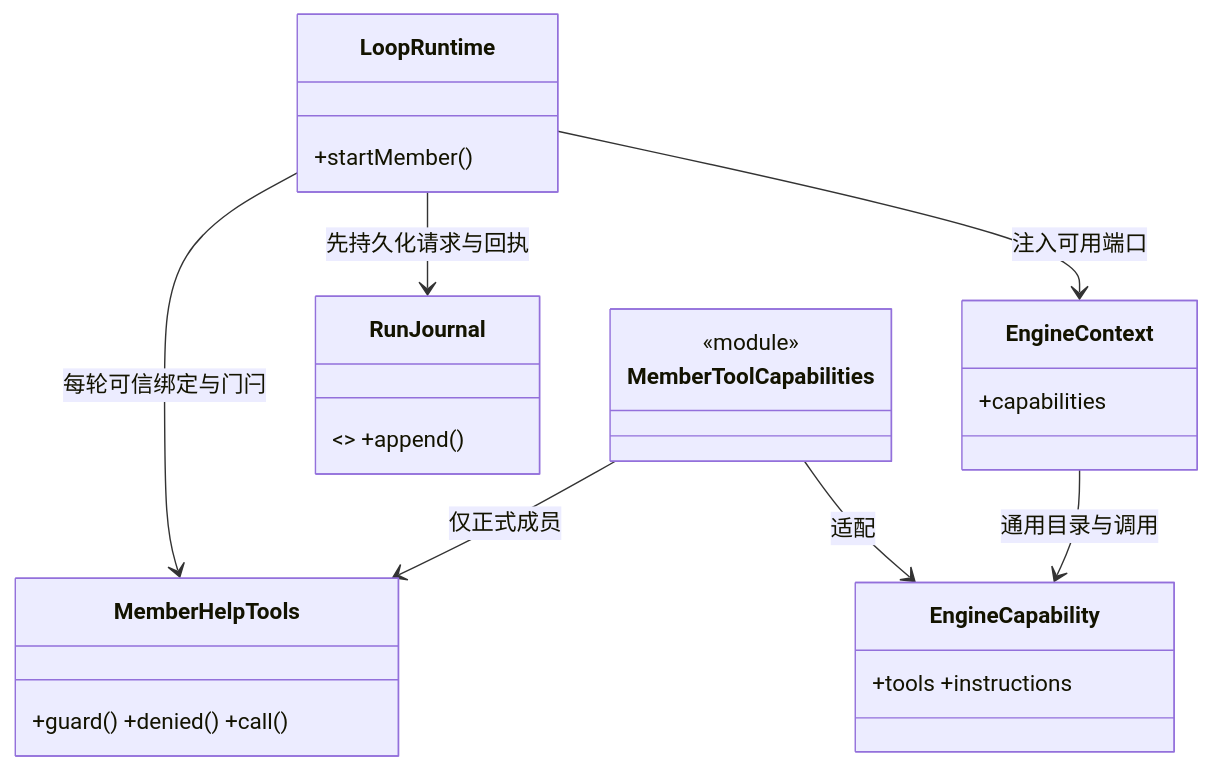
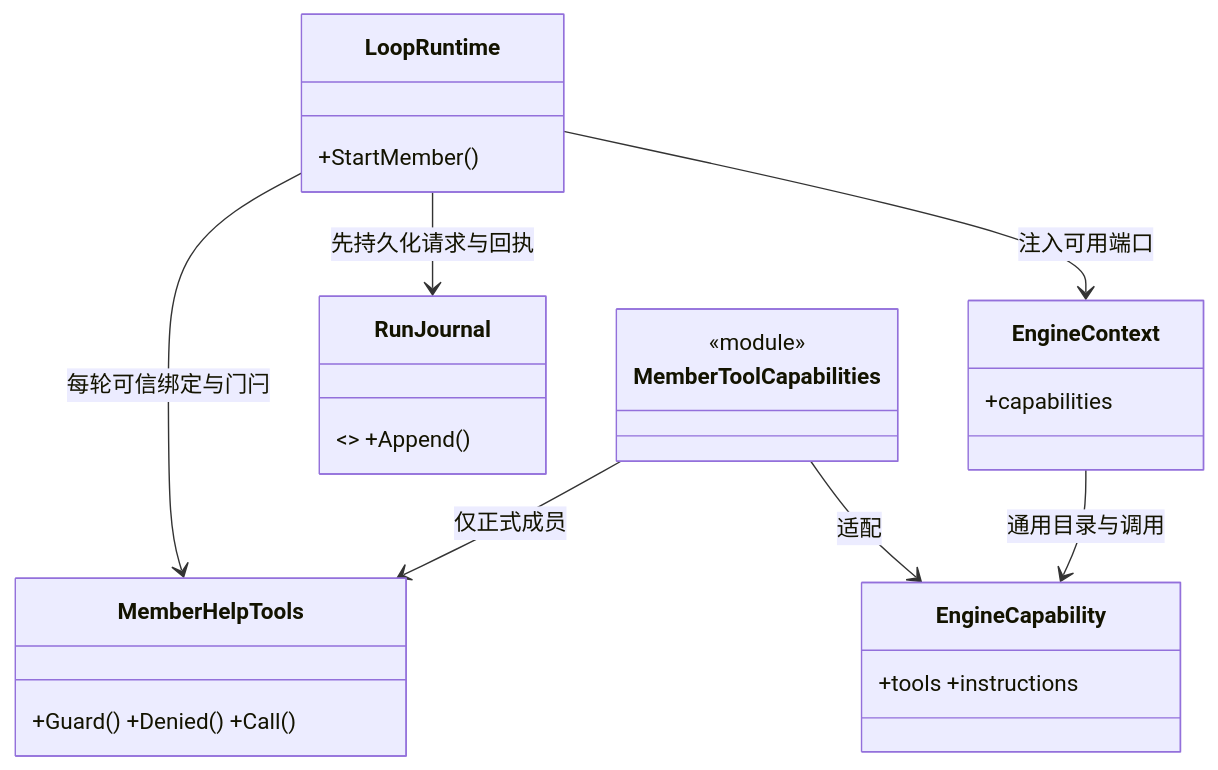
One commit to nan023062/cbim changed the first of 33 diagrams in src/logic/execution/rules/ARCHITECTURE.md. Above: the diagram before and after it, drawn with Mermaid. The commit also changed other lines of this file and 112 other files, not shown here.

Commit message:
docs: align source architecture with current declarations and contracts

````diff
--- a/src/logic/execution/rules/ARCHITECTURE.md
+++ b/src/logic/execution/rules/ARCHITECTURE.md
@@ -108,15 +108,15 @@
 ```mermaid
 classDiagram
-class LoopRuntime { +startMember() }
-class MemberHelpTools { +guard() +denied() +call() }
+class LoopRuntime { +StartMember() }
+class MemberHelpTools { +Guard() +Denied() +Call() }
 class EngineContext { +capabilities }
-class RunJournal { <<port>> +append() }
+class RunJournal { <<port>> +Append() }
 LoopRuntime --> MemberHelpTools : 每轮可信绑定与门闩
 LoopRuntime --> RunJournal : 先持久化请求与回执
 LoopRuntime --> EngineContext : 注入可用端口
 class EngineCapability { +tools +instructions }
 class MemberToolCapabilities { <<module>> }
 EngineContext --> EngineCapability : 通用目录与调用
 MemberToolCapabilities --> MemberHelpTools : 仅正式成员
 MemberToolCapabilities --> EngineCapability : 适配
 ```
````
